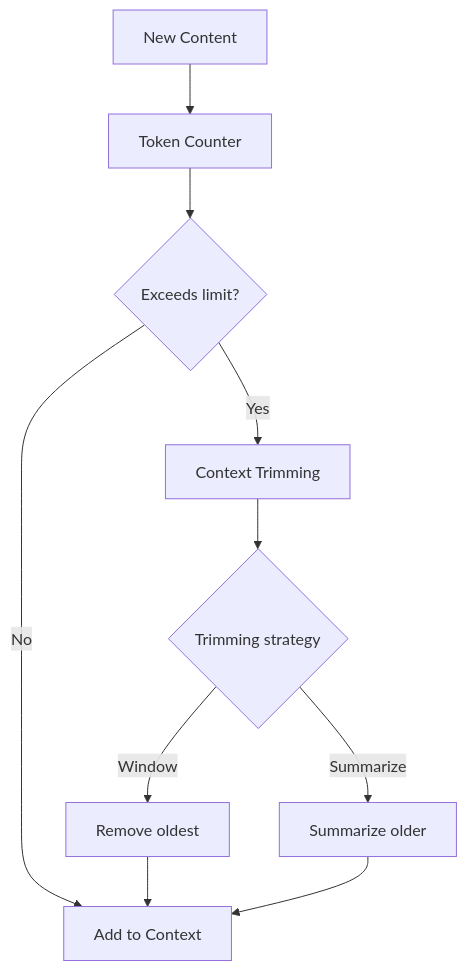
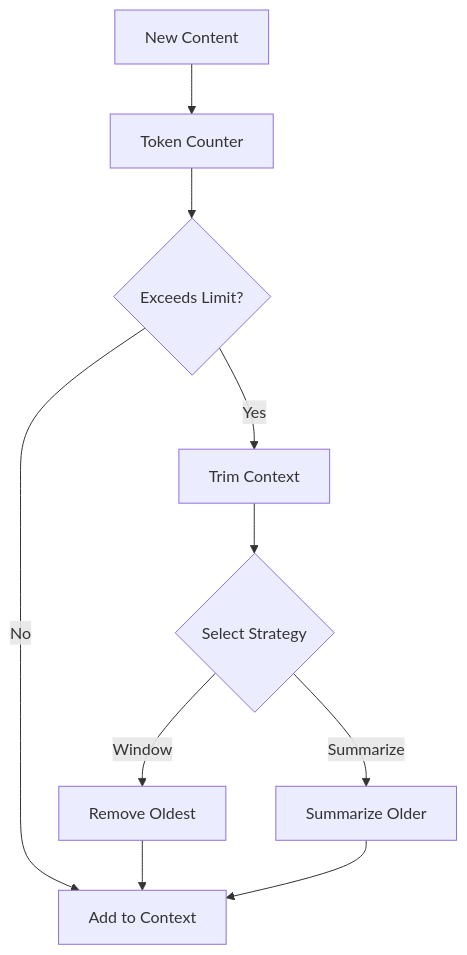
The eighth of 8 diagrams in docs/architecture.md (BlueCentre/cli-code), drawn with Mermaid before and after one commit. The commit also changed other lines of this file, not shown here.

Commit message:
docs: Fix section 8 diagrams for improved GitHub rendering

````diff
--- a/docs/architecture.md
+++ b/docs/architecture.md
@@ -318,14 +313,14 @@
 ```mermaid
 flowchart TD
     A[New Content] --> B[Token Counter]
-    B --> C{Exceeds limit?}
-    C -->|Yes| D[Context Trimming]
+    B --> C{Exceeds Limit?}
+    C -->|Yes| D[Trim Context]
     C -->|No| E[Add to Context]
     
-    D --> F{Trimming strategy}
-    F -->|Window| G[Remove oldest]
-    F -->|Summarize| H[Summarize older]
+    D --> F{Select Strategy}
+    F -->|Window| G[Remove Oldest]
+    F -->|Summarize| H[Summarize Older]
     
     G --> E
     H --> E
 ```
````
